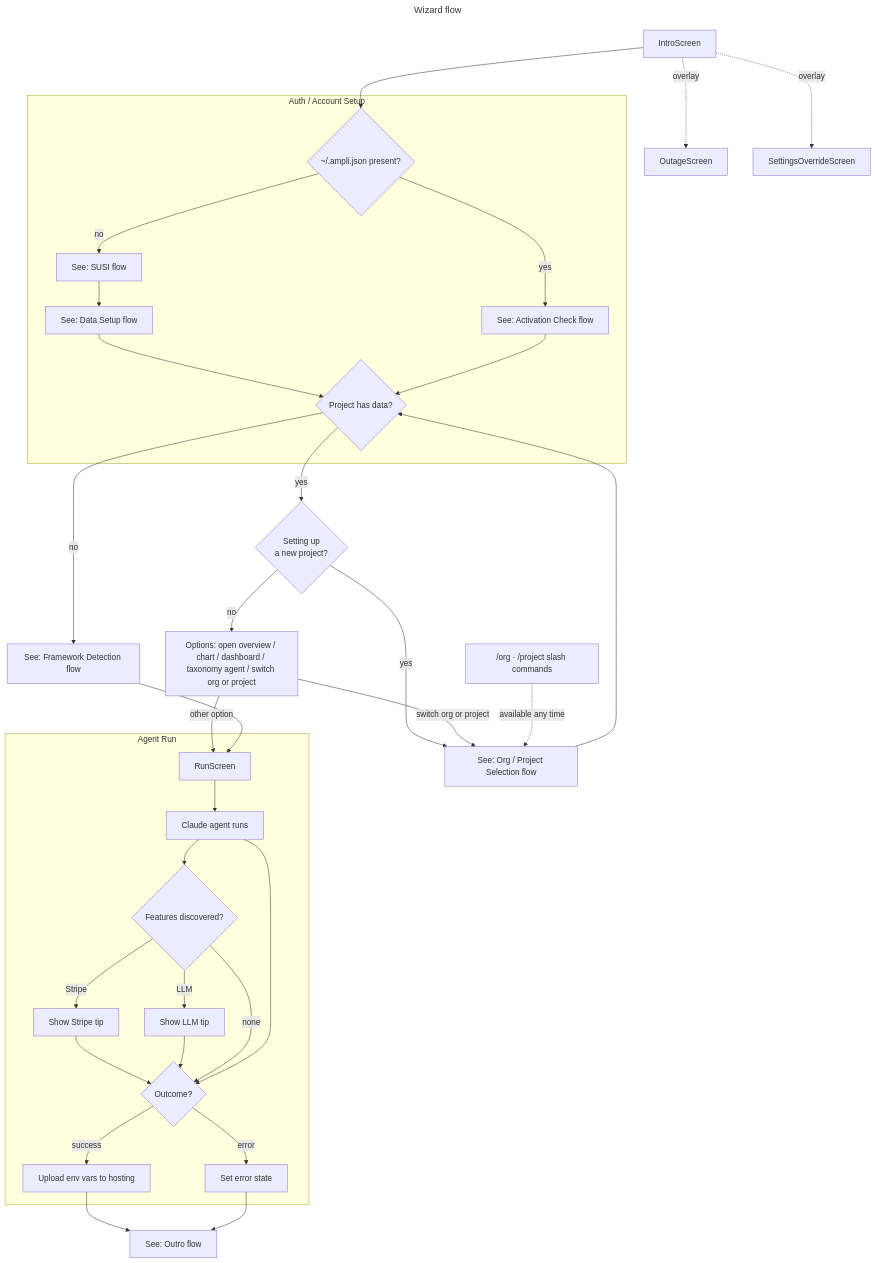
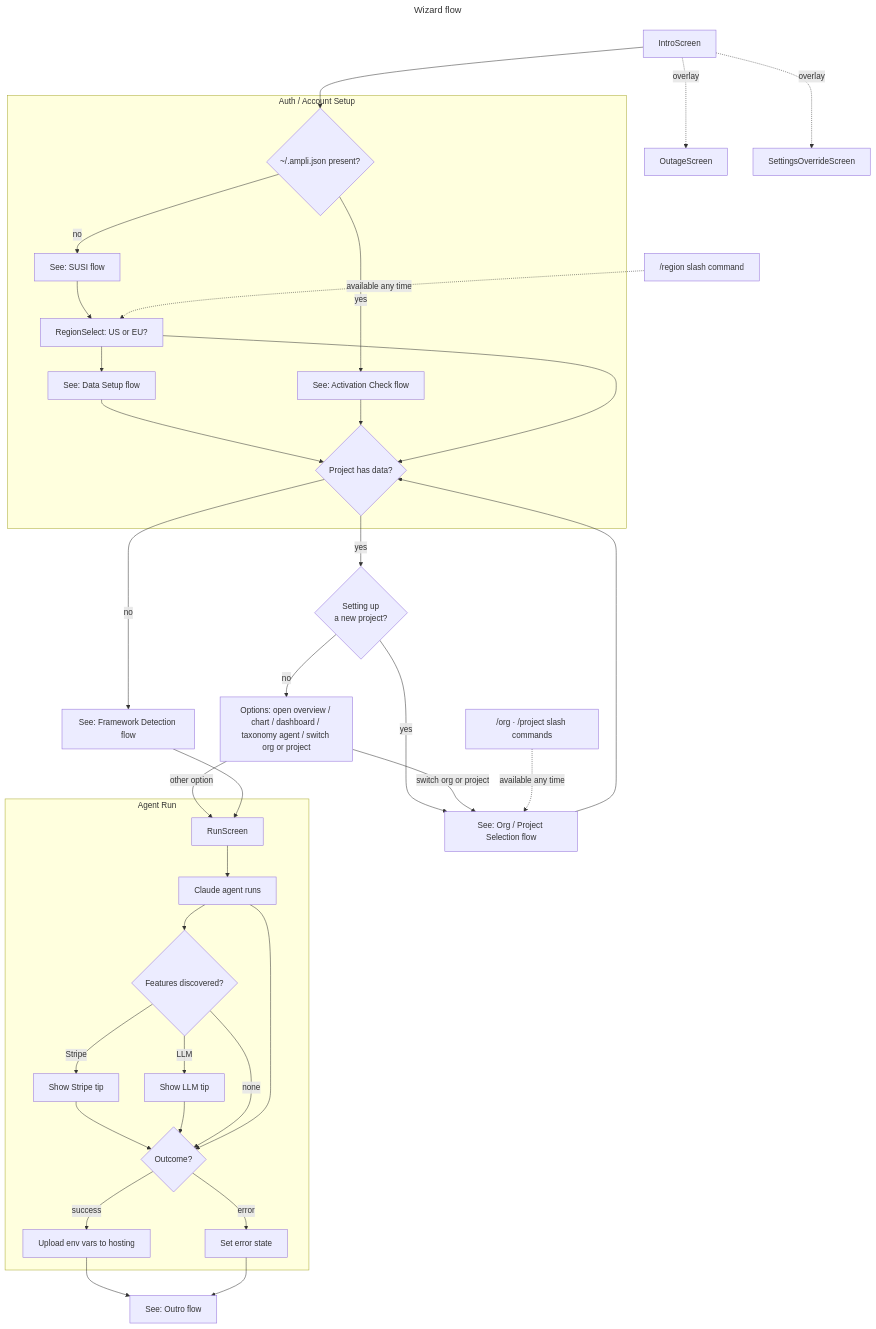
One commit to amplitude/wizard changed the second of 8 diagrams in docs/flows.md. Above: the diagram before and after it, drawn with Mermaid. The commit also changed other lines of this file and 6 other files, not shown here.

First line of the commit message:
Add region selection (US/EU) to wizard and SUSI flows

````diff
--- a/docs/flows.md
+++ b/docs/flows.md
@@ -55,46 +56,49 @@
 ```mermaid
 ---
 title: Wizard flow
 ---
 flowchart TD
     START["IntroScreen"] --> AUTH_CHECK
 
     subgraph AUTH ["Auth / Account Setup"]
         AUTH_CHECK{~/.ampli.json present?}
         AUTH_CHECK -->|yes| ACTIVATION["See: Activation Check flow"]
         AUTH_CHECK -->|no| SUSI["See: SUSI flow"]
-        SUSI --> DATA_SETUP["See: Data Setup flow"]
+        SUSI --> REGION_SELECT["RegionSelect: US or EU?"]
+        REGION_SELECT --> DATA_SETUP["See: Data Setup flow"]
         DATA_SETUP --> DATA_CHECK
         ACTIVATION --> DATA_CHECK
         DATA_CHECK{Project has data?}
     end
 
     DATA_CHECK -->|no| FRAMEWORK["See: Framework Detection flow"]
     DATA_CHECK -->|yes| NEW_PROJECT{Setting up<br/>a new project?}
     NEW_PROJECT -->|yes| ORG_PROJECT["See: Org / Project Selection flow"]
     NEW_PROJECT -->|no| OPTIONS["Options: open overview / chart / dashboard / taxonomy agent / switch org or project"]
     ORG_PROJECT --> DATA_CHECK
 
     OPTIONS -->|switch org or project| ORG_PROJECT
     OPTIONS -->|other option| RUN
     FRAMEWORK --> RUN
 
     SLASH_CMD["/org · /project slash commands"] -. available any time .-> ORG_PROJECT
+    SLASH_REGION["/region slash command"] -. available any time .-> REGION_SELECT["RegionSelect: US or EU?"]
+    REGION_SELECT --> DATA_CHECK
 
     subgraph AGENT_RUN ["Agent Run"]
         RUN["RunScreen"] --> AGENT["Claude agent runs"]
         AGENT --> FEATURES{Features discovered?}
         FEATURES -->|Stripe| STRIPE_TIP["Show Stripe tip"] --> OUTCOME
         FEATURES -->|LLM| LLM_TIP["Show LLM tip"] --> OUTCOME
         FEATURES -->|none| OUTCOME
         AGENT --> OUTCOME{Outcome?}
         OUTCOME -->|success| POST["Upload env vars to hosting"]
         OUTCOME -->|error| ERR["Set error state"]
     end
 
     POST --> OUTRO["See: Outro flow"]
     ERR --> OUTRO
 
     START -. overlay .-> OUTAGE["OutageScreen"]
     START -. overlay .-> SETTINGS_OVR["SettingsOverrideScreen"]
 ```
````
